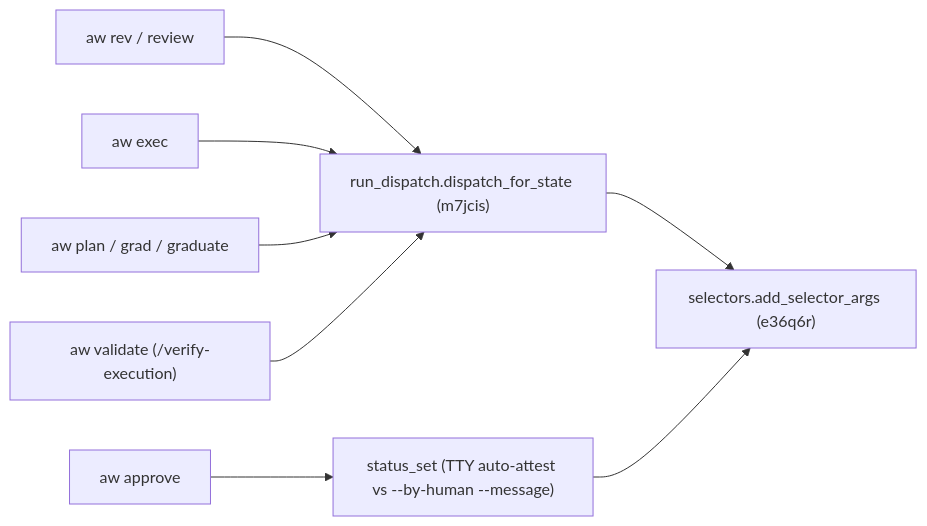
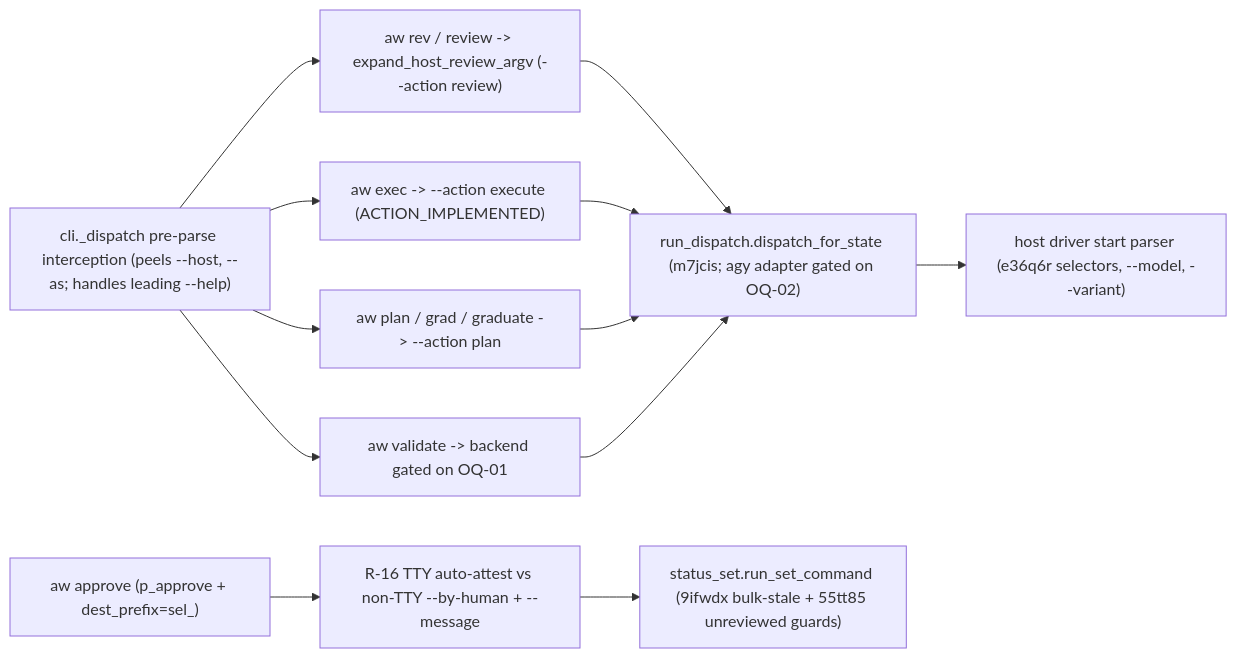
One commit to fariello/agent-workflows changed the diagram in .aw/records/plans/pending/20261122-cliverbs-03-xocj8i-add-verb-first-top-level-cli-commands-review-exec-grad-appro.ipd.md. Above: the diagram before and after it, drawn with Mermaid. The commit also changed other lines of this file and 1 other file, not shown here.

First line of the commit message:
plan-review: harden xocj8i (revisions applied)

````diff
--- a/.aw/records/plans/pending/20261122-cliverbs-03-xocj8i-add-verb-first-top-level-cli-commands-review-exec-grad-appro.ipd.md
+++ b/.aw/records/plans/pending/20261122-cliverbs-03-xocj8i-add-verb-first-top-level-cli-commands-review-exec-grad-appro.ipd.md
@@ -33,10 +37,14 @@
 ```mermaid
 flowchart LR
-    REV["aw rev / review"] --> DISP["run_dispatch.dispatch_for_state (m7jcis)"]
-    EXE["aw exec"] --> DISP
-    GRD["aw plan / grad / graduate"] --> DISP
-    VAL["aw validate (/verify-execution)"] --> DISP
-    APP["aw approve"] --> SET["status_set (TTY auto-attest vs --by-human --message)"]
-    DISP --> SEL["selectors.add_selector_args (e36q6r)"]
-    SET --> SEL
+    CLI["cli._dispatch pre-parse interception (peels --host, --as; handles leading --help)"] --> REV["aw rev / review -> expand_host_review_argv (--action review)"]
+    CLI --> EXE["aw exec -> --action execute (ACTION_IMPLEMENTED)"]
+    CLI --> GRD["aw plan / grad / graduate -> --action plan"]
+    CLI --> VAL["aw validate -> backend gated on OQ-01"]
+    REV --> DISP["run_dispatch.dispatch_for_state (m7jcis; agy adapter gated on OQ-02)"]
+    EXE --> DISP
+    GRD --> DISP
+    VAL --> DISP
+    DISP --> DRV["host driver start parser (e36q6r selectors, --model, --variant)"]
+    APP["aw approve (p_approve + dest_prefix=sel_)"] --> GATE["R-16 TTY auto-attest vs non-TTY --by-human + --message"]
+    GATE --> SET["status_set.run_set_command (9ifwdx bulk-stale + 55tt85 unreviewed guards)"]
 ```
````
